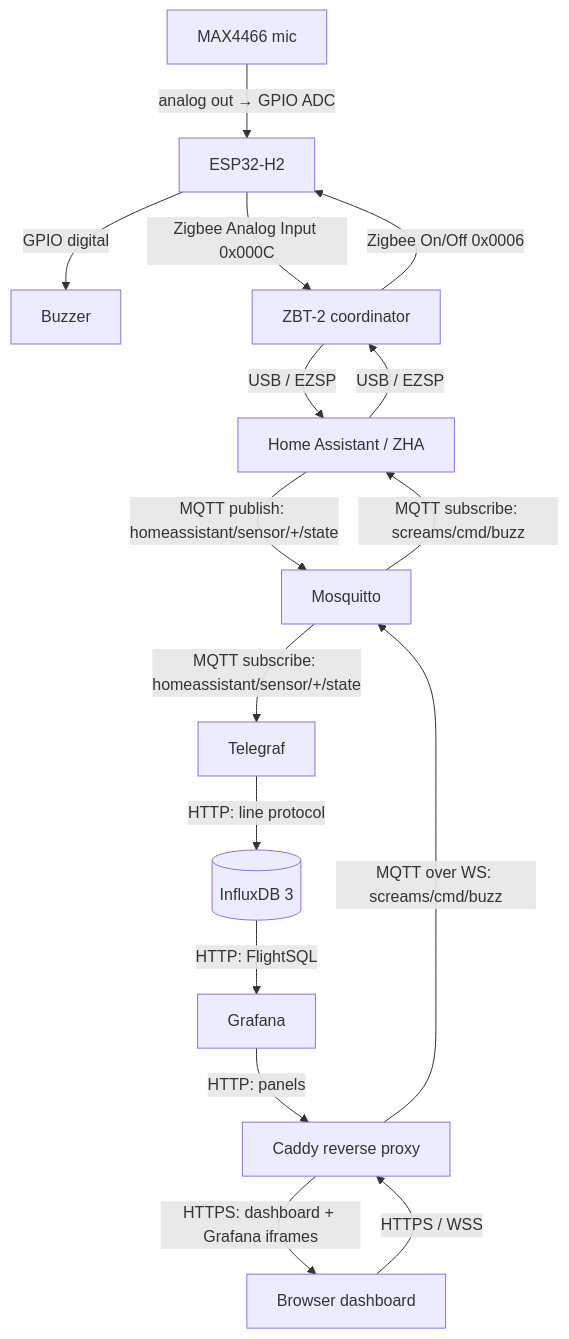
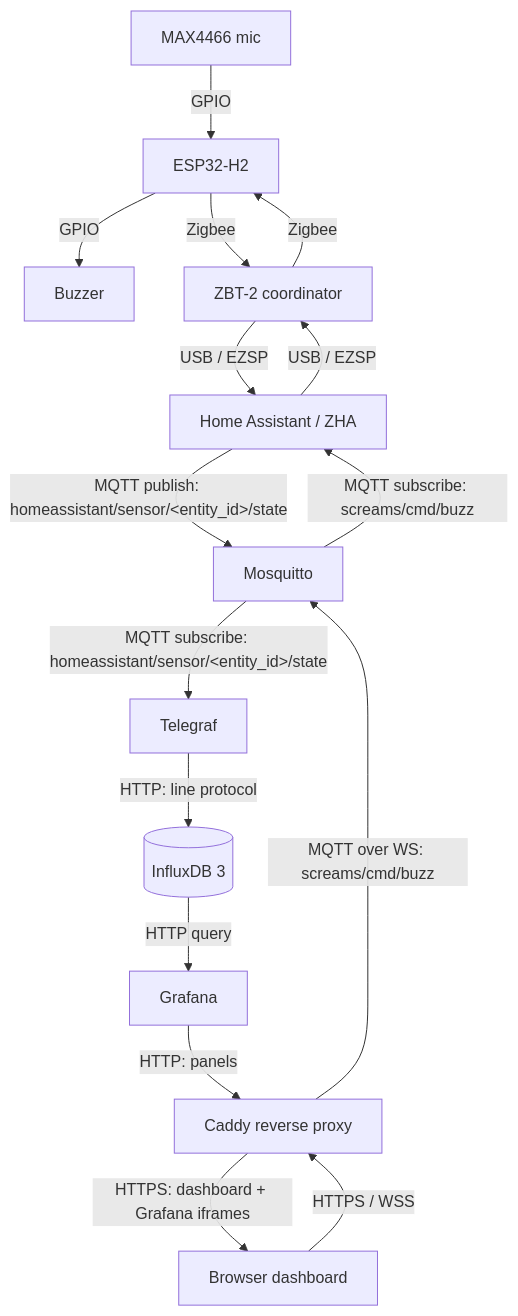
One commit to TiberiusGh/1dv027-iot changed the diagram in README.md. Above: the diagram before and after it, drawn with Mermaid.

Commit message:
Diagram tweak

````diff
--- a/README.md
+++ b/README.md
@@ -13,32 +13,32 @@
 ```mermaid
 flowchart TD
   MIC[MAX4466 mic]
   H2[ESP32-H2]
   BZ[Buzzer]
   ZBT[ZBT-2 coordinator]
   ZHA[Home Assistant / ZHA]
   MQ[Mosquitto]
   TG[Telegraf]
   DB[(InfluxDB 3)]
   GF[Grafana]
   CADDY[Caddy reverse proxy]
   WEB[Browser dashboard]
 
-  MIC -->|analog out → GPIO ADC| H2
-  H2 -->|GPIO digital| BZ
+  MIC -->|GPIO| H2
+  H2 -->|GPIO| BZ
 
-  H2 -->|Zigbee Analog Input 0x000C| ZBT
+  H2 -->|Zigbee| ZBT
   ZBT -->|USB / EZSP| ZHA
-  ZHA -->|MQTT publish: homeassistant/sensor/+/state| MQ
-  MQ -->|MQTT subscribe: homeassistant/sensor/+/state| TG
+  ZHA -->|MQTT publish: homeassistant/sensor/&lt;entity_id&gt;/state| MQ
+  MQ -->|MQTT subscribe: homeassistant/sensor/&lt;entity_id&gt;/state| TG
   TG -->|HTTP: line protocol| DB
-  DB -->|HTTP: FlightSQL| GF
+  DB -->|HTTP query| GF
   GF -->|HTTP: panels| CADDY
   CADDY -->|HTTPS: dashboard + Grafana iframes| WEB
 
   WEB -->|HTTPS / WSS| CADDY
   CADDY -->|MQTT over WS: screams/cmd/buzz| MQ
   MQ -->|MQTT subscribe: screams/cmd/buzz| ZHA
   ZHA -->|USB / EZSP| ZBT
-  ZBT -->|Zigbee On/Off 0x0006| H2
+  ZBT -->|Zigbee| H2
 ```
````
